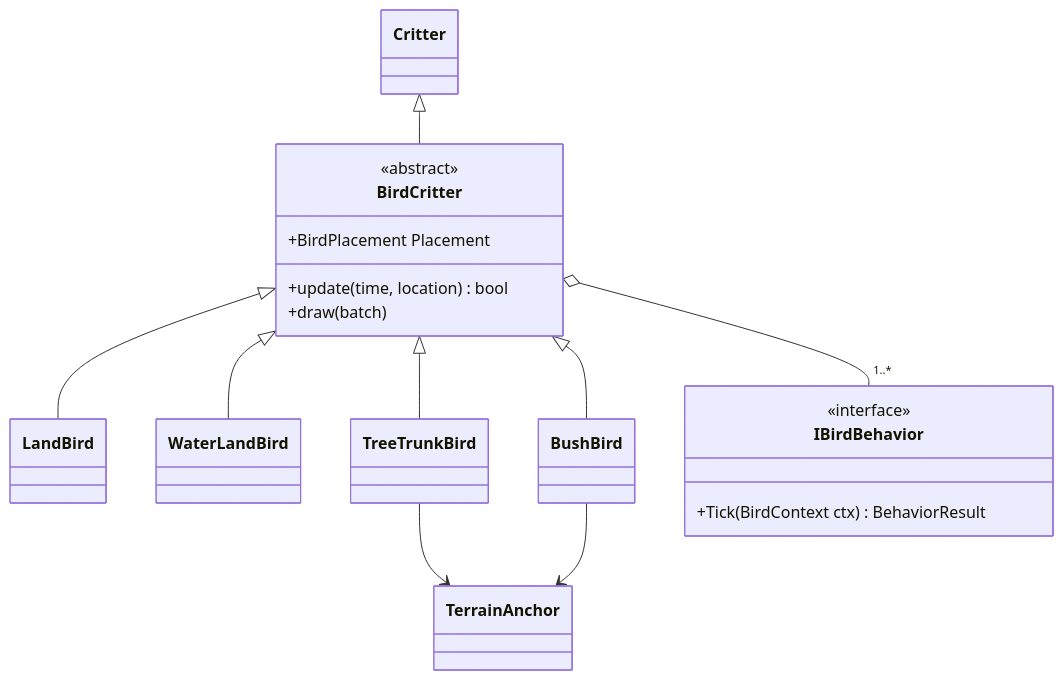
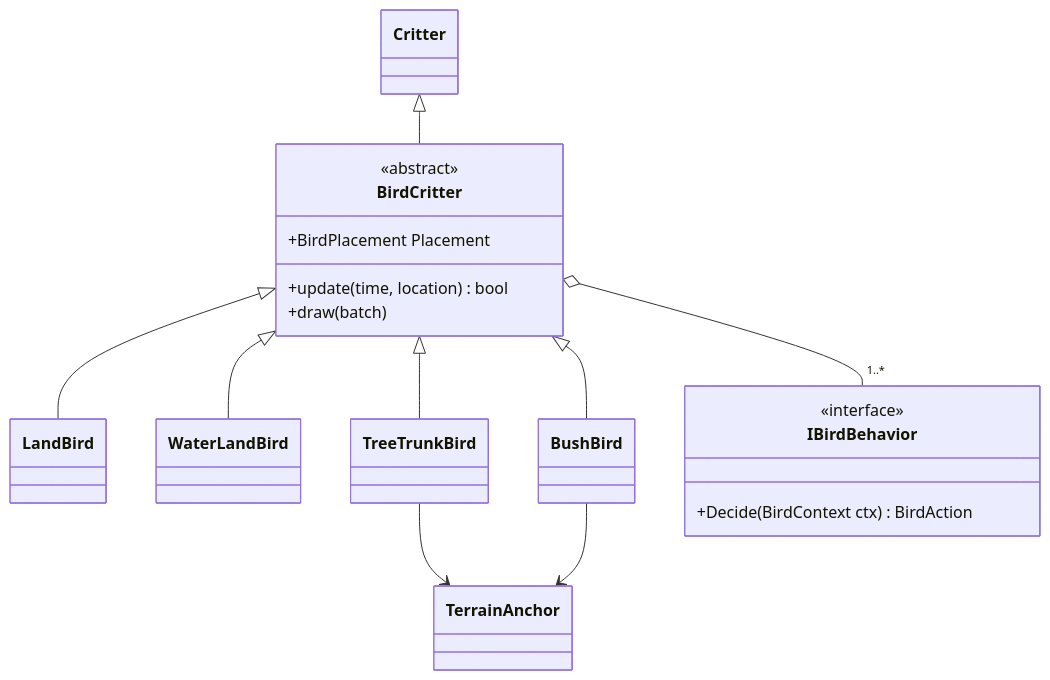
The third of 4 diagrams in docs/ARCHITECTURE.md (pschonev/BirdsEverywhere), drawn with Mermaid before and after one commit. The commit also changed other lines of this file and 1 other file, not shown here.

Commit message:
docs: document vanilla critter policy, observe-only birds and behavior goals

````diff
--- a/docs/ARCHITECTURE.md
+++ b/docs/ARCHITECTURE.md
@@ -424,21 +424,21 @@
 ```mermaid
 classDiagram
     Critter <|-- BirdCritter
     BirdCritter <|-- LandBird
     BirdCritter <|-- WaterLandBird
     BirdCritter <|-- TreeTrunkBird
     BirdCritter <|-- BushBird
     BirdCritter o-- "1..*" IBirdBehavior
     TreeTrunkBird --> TerrainAnchor
     BushBird --> TerrainAnchor
     class BirdCritter {
       <<abstract>>
       +BirdPlacement Placement
       +update(time, location) bool
       +draw(batch)
     }
     class IBirdBehavior {
       <<interface>>
-      +Tick(BirdContext ctx) BehaviorResult
+      +Decide(BirdContext ctx) BirdAction
     }
 ```
````
